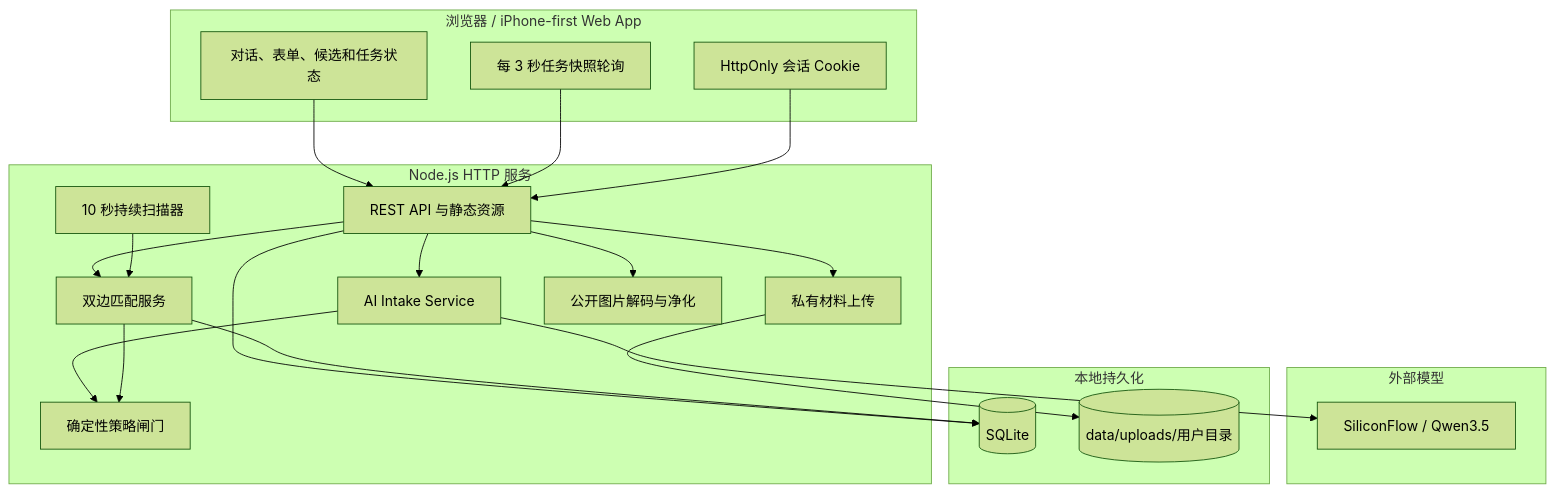
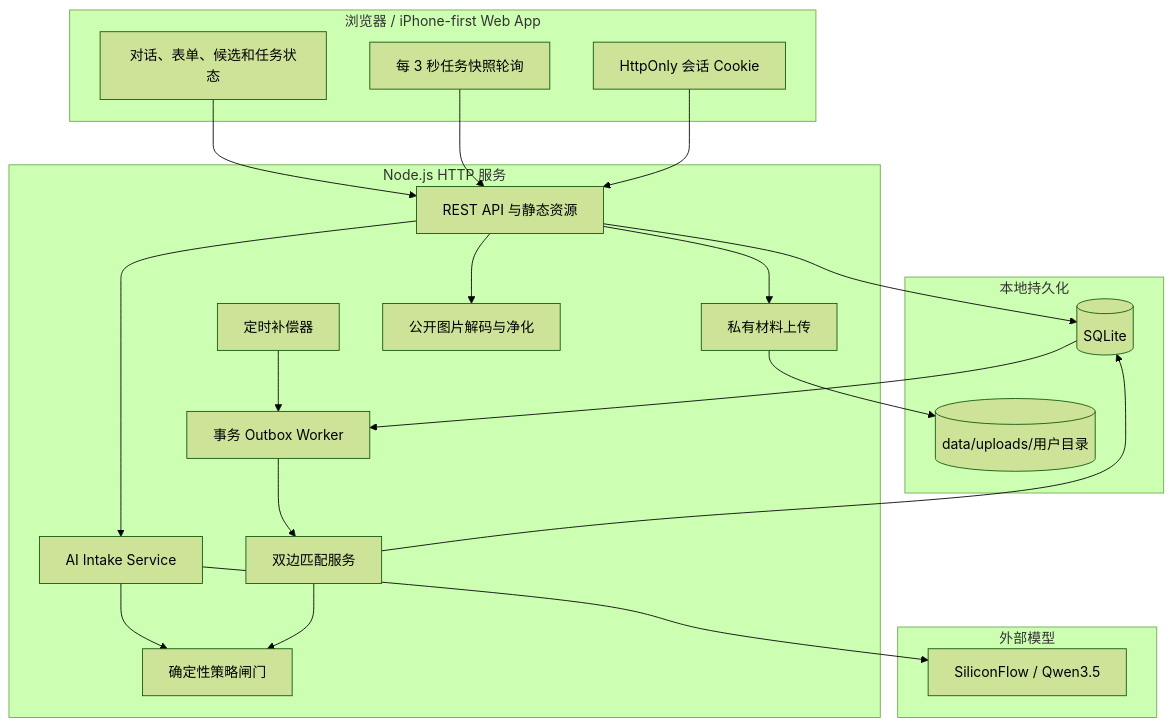
Before and after one commit to tank798/AI-native-rental-platform: the second of 2 diagrams in README.md, drawn with Mermaid (forest theme). The commit also changed other lines of this file and 22 other files, not shown here.

````diff
--- a/README.md
+++ b/README.md
@@ -154,42 +157,44 @@
 ```mermaid
 flowchart TB
     subgraph Browser[浏览器 / iPhone-first Web App]
         UI[对话、表单、候选和任务状态]
         Poll[每 3 秒任务快照轮询]
         Session[HttpOnly 会话 Cookie]
     end
 
     subgraph Server[Node.js HTTP 服务]
         API[REST API 与静态资源]
         Intake[AI Intake Service]
         Policy[确定性策略闸门]
         Match[双边匹配服务]
-        Scheduler[10 秒持续扫描器]
+        Worker[事务 Outbox Worker]
+        Scheduler[定时补偿器]
         Upload[私有材料上传]
         Media[公开图片解码与净化]
     end
 
     subgraph Provider[外部模型]
         Qwen[SiliconFlow / Qwen3.5]
     end
 
     subgraph Storage[本地持久化]
         SQLite[(SQLite)]
         Files[(data/uploads/用户目录)]
     end
 
     UI --> API
     Poll --> API
     Session --> API
     API --> Intake
     Intake --> Qwen
     Intake --> Policy
     API --> Upload
     API --> Media
-    API --> Match
-    Scheduler --> Match
+    API --> SQLite
+    SQLite --> Worker
+    Worker --> Match
+    Scheduler --> Worker
     Match --> Policy
-    API --> SQLite
     Match --> SQLite
     Upload --> Files
 ```
````
